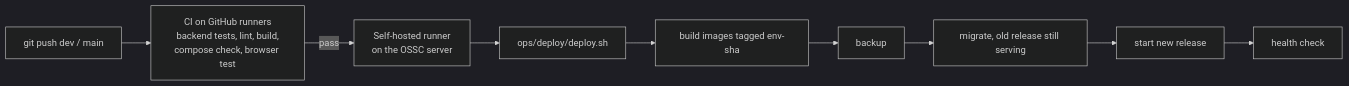
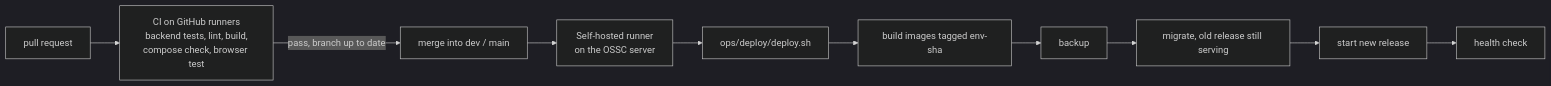
The second of 2 diagrams in docs/DEPLOYMENT.md (OSSC-DBIT/pcms), drawn with Mermaid (dark theme) before and after one commit. The commit also changed other lines of this file and 5 other files, not shown here.

````diff
--- a/docs/DEPLOYMENT.md
+++ b/docs/DEPLOYMENT.md
@@ -229,11 +235,12 @@
 ```mermaid
 flowchart LR
-    P[git push dev / main] --> CI[CI on GitHub runners<br/>backend tests, lint, build,<br/>compose check, browser test]
-    CI -->|pass| R[Self-hosted runner<br/>on the OSSC server]
+    PR[pull request] --> CI[CI on GitHub runners<br/>backend tests, lint, build,<br/>compose check, browser test]
+    CI -->|pass, branch up to date| G[merge into dev / main]
+    G --> R[Self-hosted runner<br/>on the OSSC server]
     R --> D[ops/deploy/deploy.sh]
     D --> B[build images tagged env-sha]
     B --> K[backup]
     K --> M[migrate, old release still serving]
     M --> U[start new release]
     U --> H[health check]
 ```
````
